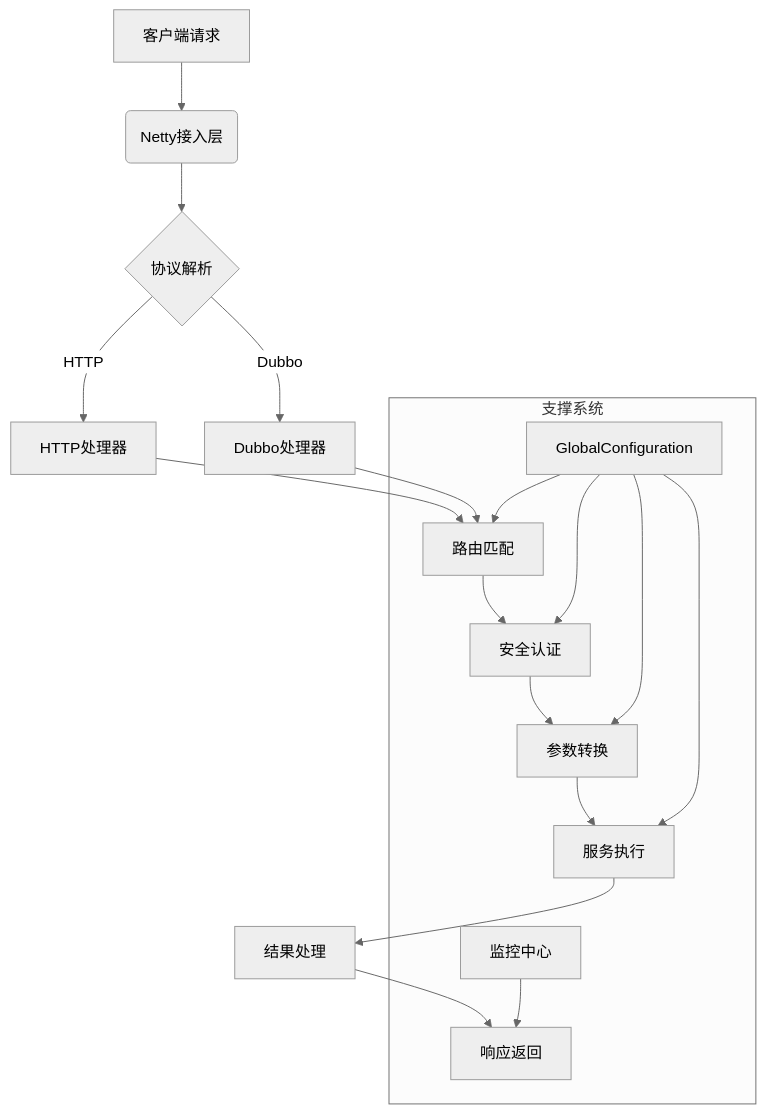
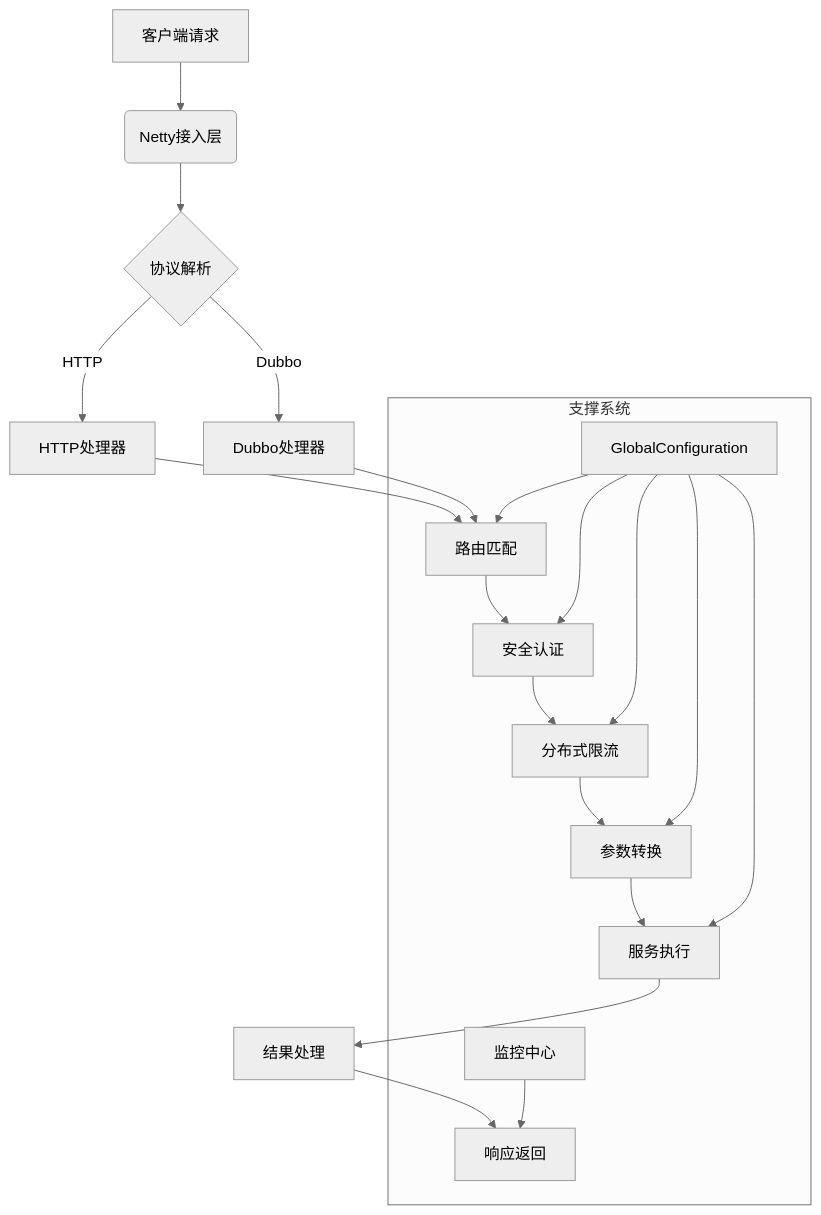
Before and after one commit to 1973034392/api-gateway-codelong: the first of 8 diagrams in docs/项目文档/核心服务/2. 请求处理的整个流程.md, drawn with Mermaid (neutral theme). The commit also changed other lines of this file and 69 other files, not shown here.

````diff
--- a/docs/项目文档/核心服务/2. 请求处理的整个流程.md
+++ b/docs/项目文档/核心服务/2. 请求处理的整个流程.md
@@ -5,22 +5,24 @@
 ```mermaid
 graph TD
     A[客户端请求] --> B(Netty接入层)
     B --> C{协议解析}
     C -->|HTTP| D[HTTP处理器]
     C -->|Dubbo| E[Dubbo处理器]
     D --> F[路由匹配]
     E --> F
     F --> G[安全认证]
-    G --> H[参数转换]
-    H --> I[服务执行]
-    I --> J[结果处理]
-    J --> K[响应返回]
+    G --> H[分布式限流]
+    H --> I[参数转换]
+    I --> J[服务执行]
+    J --> K[结果处理]
+    K --> L[响应返回]
     
     subgraph 支撑系统
-        L[GlobalConfiguration] --> F
-        L --> G
-        L --> H
-        L --> I
-        M[监控中心] --> K
+        M[GlobalConfiguration] --> F
+        M --> G
+        M --> H
+        M --> I
+        M --> J
+        N[监控中心] --> L
     end
 ```
````
